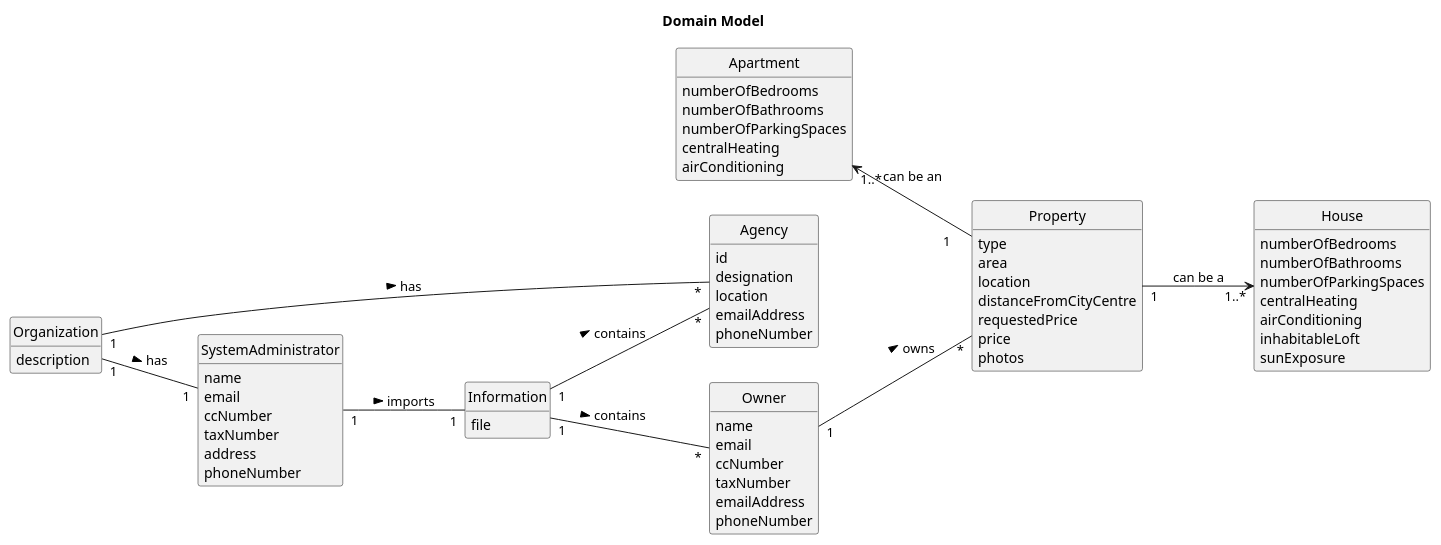
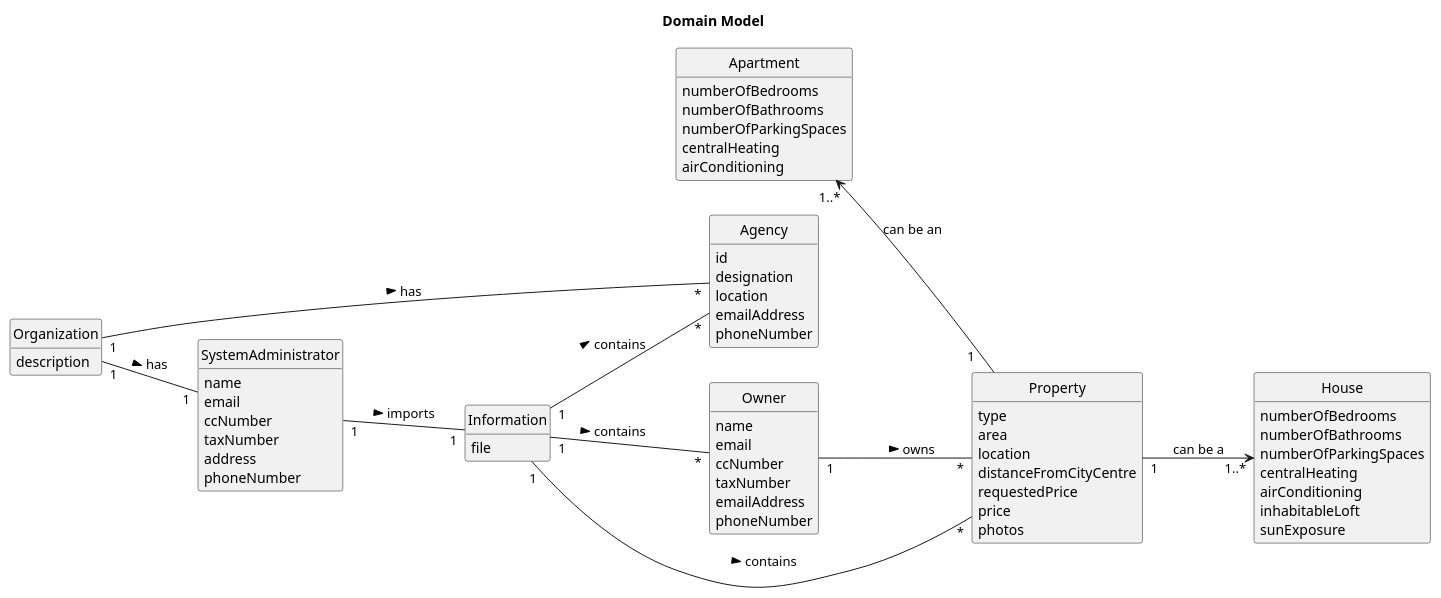
One commit to Rodrick0209/ISEP-LAPR2-22-23 changed the diagram in docs/Sprint-C/US012/02.analysis/puml/us012-domain-model.puml. Above: the diagram before and after it, drawn with PlantUML. The commit also changed 19 other files, not shown here.

```diff
--- a/docs/Sprint-C/US012/02.analysis/puml/us012-domain-model.puml
+++ b/docs/Sprint-C/US012/02.analysis/puml/us012-domain-model.puml
@@ -1,85 +1,86 @@
 @startuml
 skinparam monochrome true
 skinparam packageStyle rectangle
 skinparam shadowing false
 
 left to right direction
 
 skinparam classAttributeIconSize 0
 
 hide circle
 hide methods
 
 title Domain Model
 
 class Organization {
     description
 }
 
 class Information {
     file
 }
 
 class Agency {
     id
     designation
     location
     emailAddress
     phoneNumber
 }
 
 class Owner {
     name
     email
     ccNumber
     taxNumber
     emailAddress
     phoneNumber
 }
 
 class Property  {
     type
     area
     location
     distanceFromCityCentre
     requestedPrice
     price
     photos
 }
 
 class Apartment{
     numberOfBedrooms
     numberOfBathrooms
     numberOfParkingSpaces
     centralHeating
     airConditioning
 }
 
 class House{
     numberOfBedrooms
     numberOfBathrooms
     numberOfParkingSpaces
     centralHeating
     airConditioning
     inhabitableLoft
     sunExposure
 }
 
 class SystemAdministrator {
     name
     email
     ccNumber
     taxNumber
     address
     phoneNumber
 }
 
 Organization "1" - "*" Agency : has >
 Organization "1" -- "1" SystemAdministrator : has >
 SystemAdministrator "1" -- "1" Information: imports >
 Information "1" -- "*" Agency: contains >
+Information "1" -- "*" Property: contains >
 Information "1" -- "*" Owner: contains >
 Owner "1" -- "*" Property: owns >
 Property "1"-D-> "1..*" House :  can be a
 Property "1    "-U-> "1..* " Apartment :  can be an
 @enduml
```
